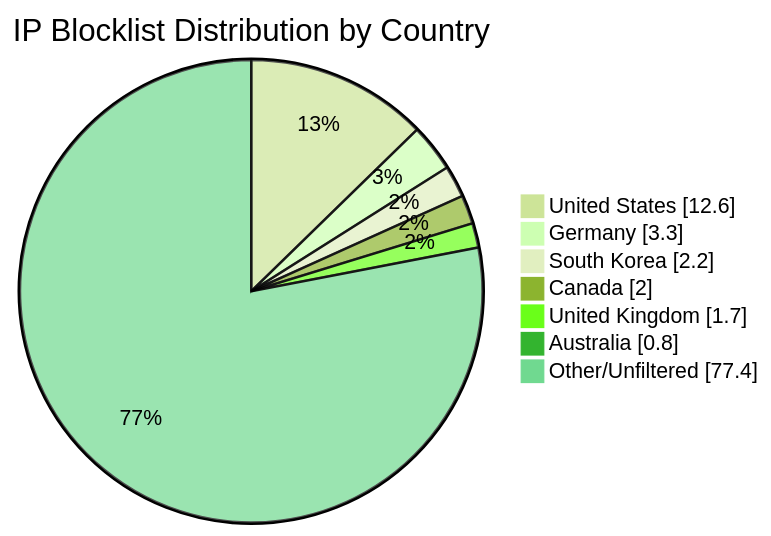
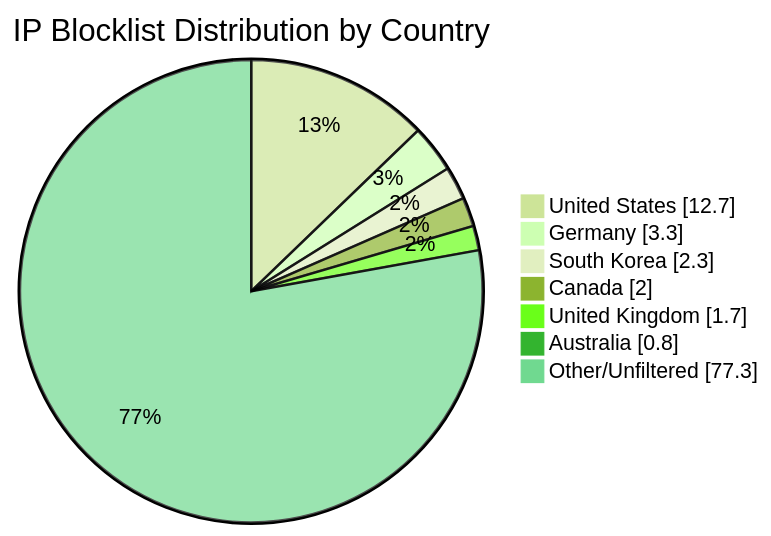
The diagram in README.md (MarcusHoltz/ipblocklist-geofiltered-aggregator), drawn with Mermaid (forest theme) before and after one commit. The commit also changed other lines of this file and 9 other files, not shown here.

````diff
--- a/README.md
+++ b/README.md
@@ -34,10 +34,10 @@
 ```mermaid
 pie showData title IP Blocklist Distribution by Country
-"United States" : 12.6
+"United States" : 12.7
 "Germany" : 3.3
-"South Korea" : 2.2
+"South Korea" : 2.3
 "Canada" : 2.0
 "United Kingdom" : 1.7
 "Australia" : 0.8
-"Other/Unfiltered" : 77.4
+"Other/Unfiltered" : 77.3
 ```
````
